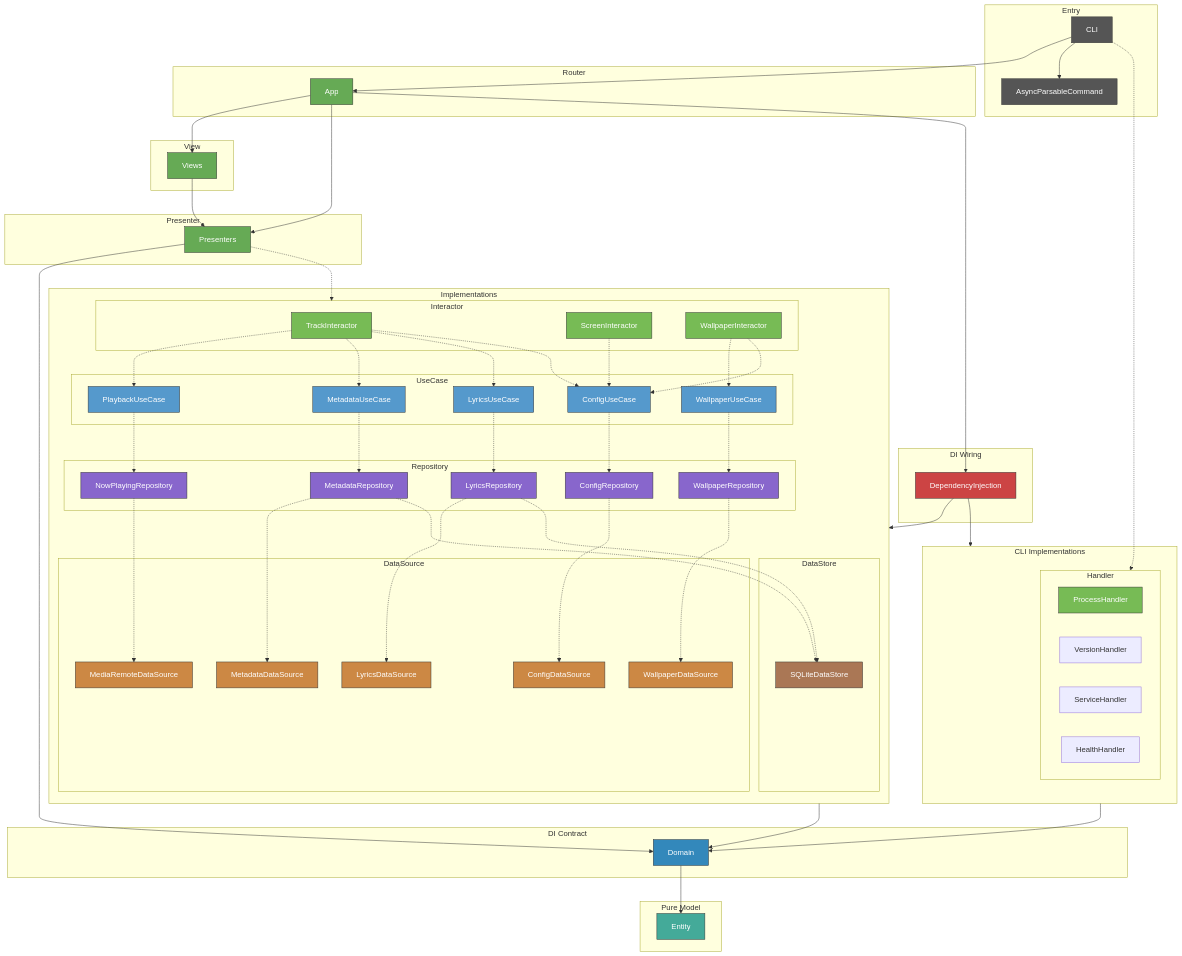
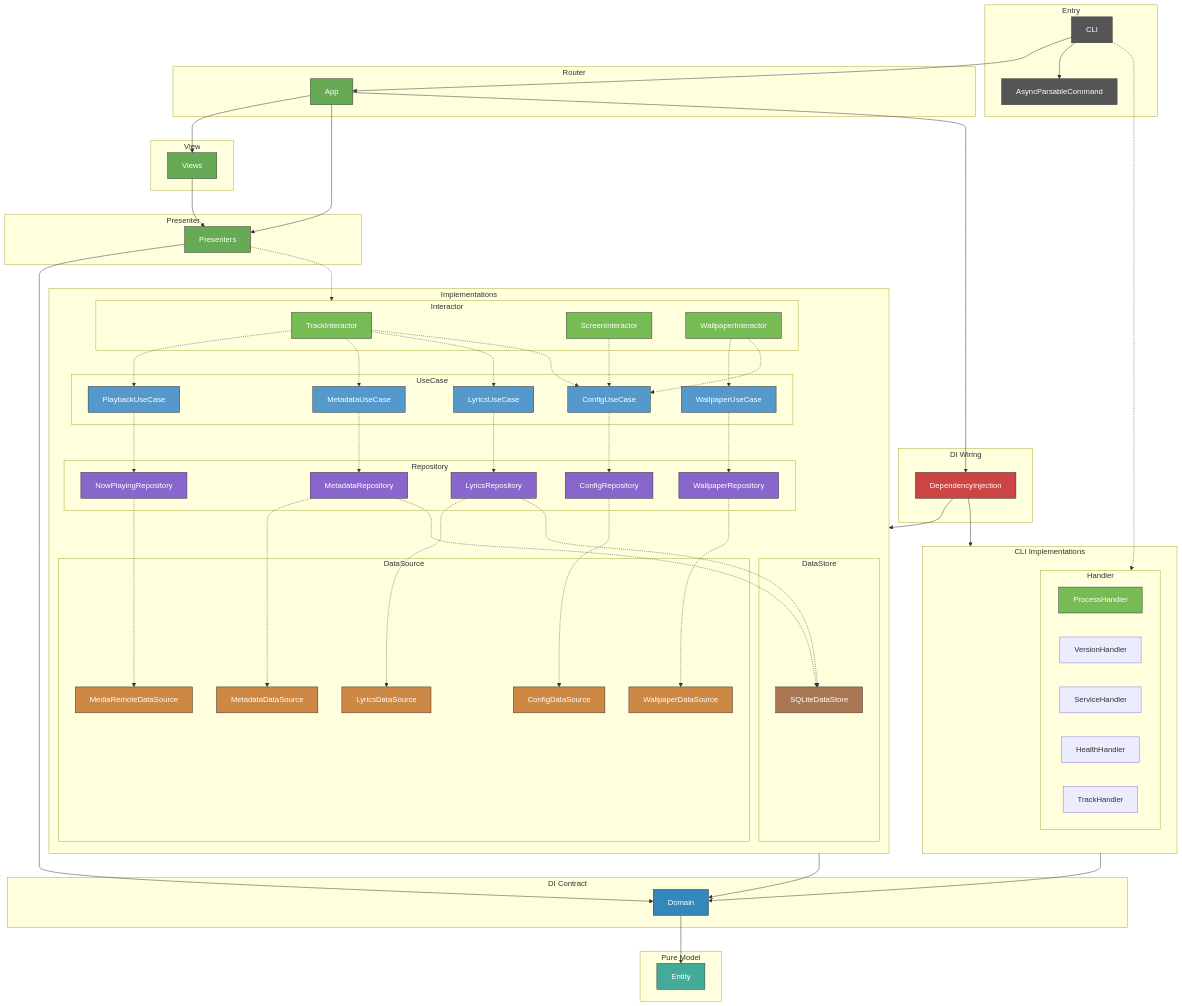
The diagram in .claude/CLAUDE.md (GeneralD/lyra), drawn with Mermaid before and after one commit. The commit also changed other lines of this file and 6 other files, not shown here.

Commit message:
refactor: extract TrackHandler from CLI commands (#162)

```diff
--- a/.claude/CLAUDE.md
+++ b/.claude/CLAUDE.md
@@ -59,6 +59,7 @@
             VersionHandler[VersionHandler]
             ServiceHandler[ServiceHandler]
             HealthHandler[HealthHandler]
+            TrackHandler[TrackHandler]
         end
     end
 
```
